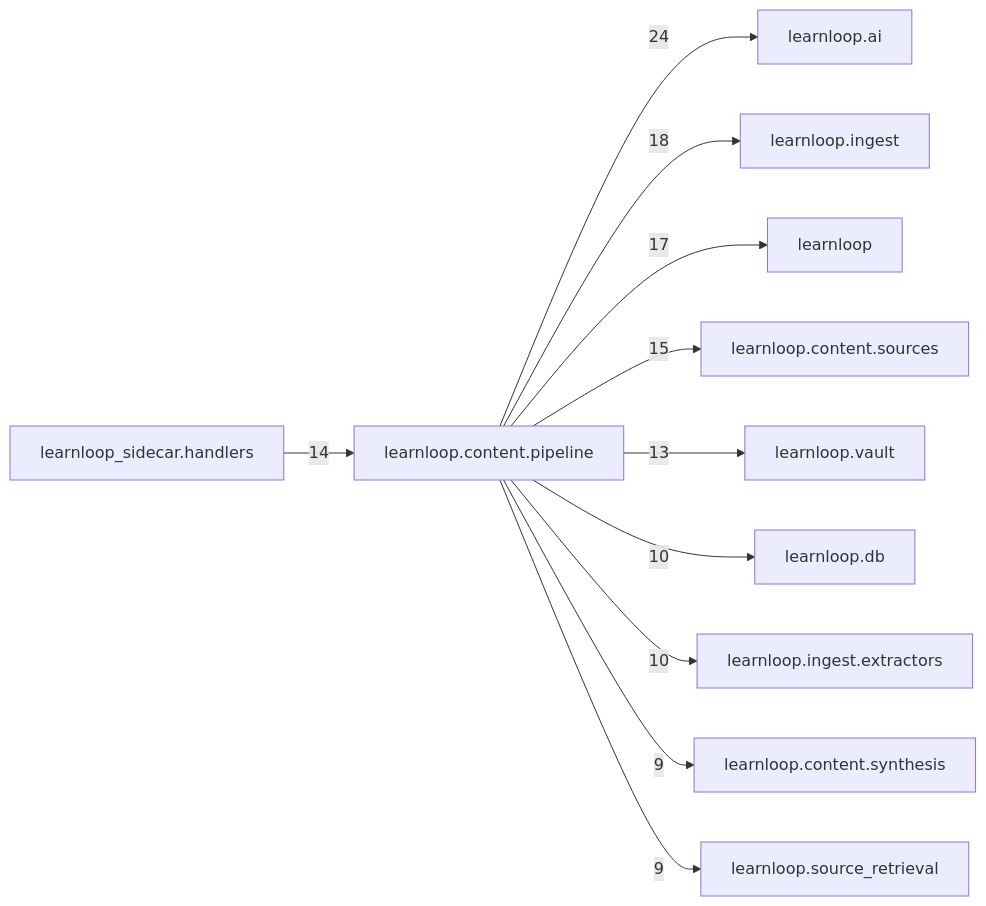
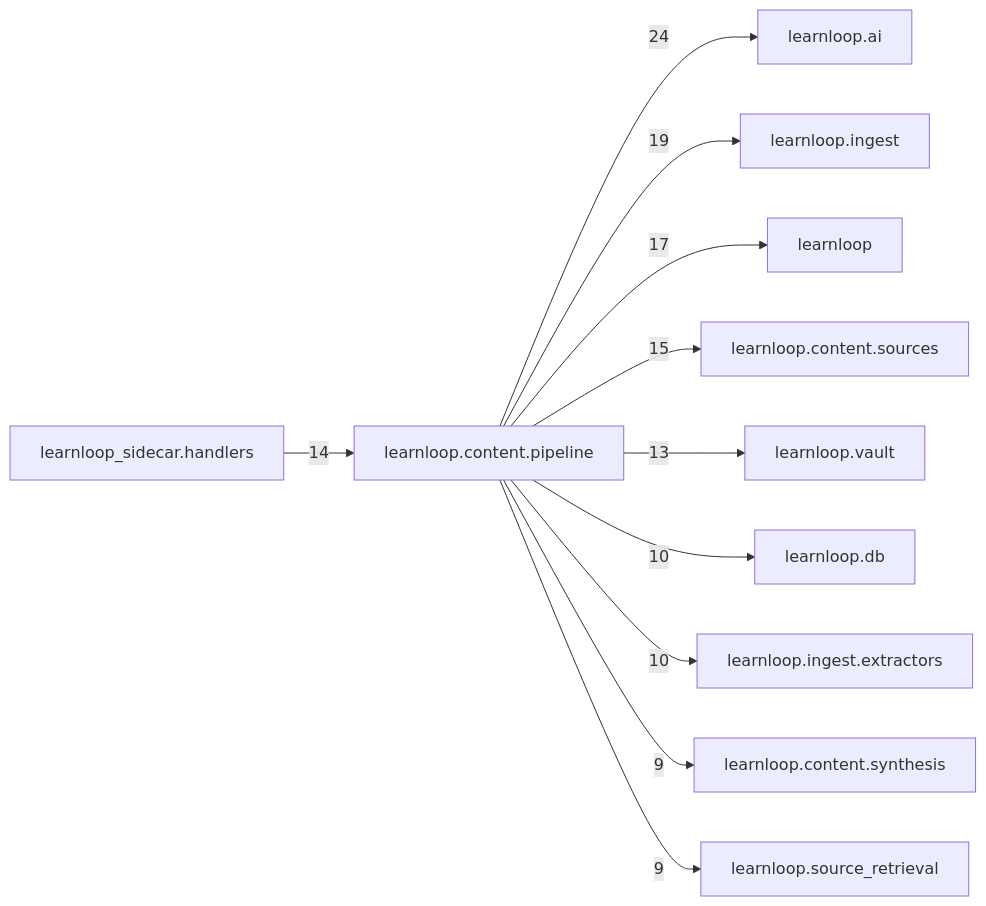
One commit to 6up-b/learnanything changed the diagram in docs/learnloop-architecture-vault/Reference/Modules/learnloop/content/pipeline/_package.md. Above: the diagram before and after it, drawn with Mermaid. The commit also changed other lines of this file and 36 other files, not shown here.

````diff
--- a/docs/learnloop-architecture-vault/Reference/Modules/learnloop/content/pipeline/_package.md
+++ b/docs/learnloop-architecture-vault/Reference/Modules/learnloop/content/pipeline/_package.md
@@ -110,24 +110,24 @@
 ```mermaid
 flowchart LR
     center["learnloop.content.pipeline"]
     n_learnloop_ai["learnloop.ai"]
     n_learnloop_ingest["learnloop.ingest"]
     n_learnloop["learnloop"]
     n_learnloop_content_sources["learnloop.content.sources"]
     n_learnloop_sidecar_handlers["learnloop_sidecar.handlers"]
     n_learnloop_vault["learnloop.vault"]
     n_learnloop_db["learnloop.db"]
     n_learnloop_ingest_extractors["learnloop.ingest.extractors"]
     n_learnloop_content_synthesis["learnloop.content.synthesis"]
     n_learnloop_source_retrieval["learnloop.source_retrieval"]
     center -->|24| n_learnloop_ai
-    center -->|18| n_learnloop_ingest
+    center -->|19| n_learnloop_ingest
     center -->|17| n_learnloop
     center -->|15| n_learnloop_content_sources
     n_learnloop_sidecar_handlers -->|14| center
     center -->|13| n_learnloop_vault
     center -->|10| n_learnloop_db
     center -->|10| n_learnloop_ingest_extractors
     center -->|9| n_learnloop_content_synthesis
     center -->|9| n_learnloop_source_retrieval
 ```
````
